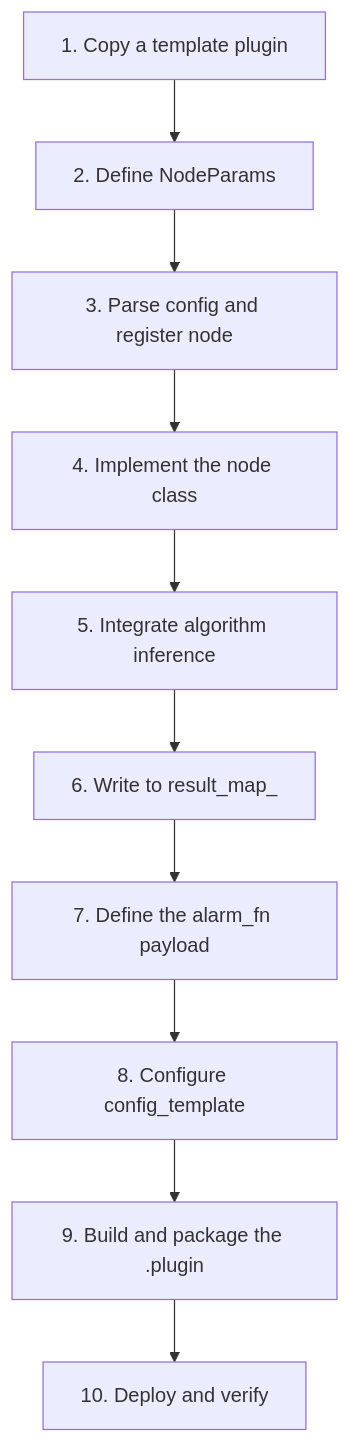
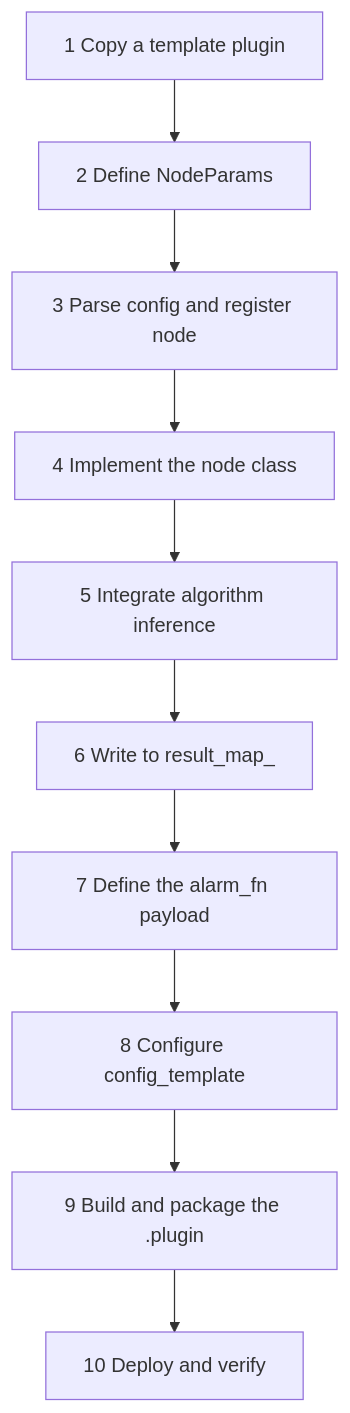
Before and after one commit to JinsonicAi/jinsonic-ai-sdk: the second of 2 diagrams in docs/en/plugin-development.md, drawn with Mermaid. The commit also changed 1 other file, not shown here.

Commit message:
docs: fix mermaid flowchart 'Unsupported markdown: list' error

````diff
--- a/docs/en/plugin-development.md
+++ b/docs/en/plugin-development.md
@@ -59,12 +59,12 @@
 ```mermaid
 flowchart TB
-    S1[1. Copy a template plugin] --> S2[2. Define NodeParams]
-    S2 --> S3[3. Parse config and register node]
-    S3 --> S4[4. Implement the node class]
-    S4 --> S5[5. Integrate algorithm inference]
-    S5 --> S6[6. Write to result_map_]
-    S6 --> S7[7. Define the alarm_fn payload]
-    S7 --> S8[8. Configure config_template]
-    S8 --> S9[9. Build and package the .plugin]
-    S9 --> S10[10. Deploy and verify]
+    S1["1 Copy a template plugin"] --> S2["2 Define NodeParams"]
+    S2 --> S3["3 Parse config and register node"]
+    S3 --> S4["4 Implement the node class"]
+    S4 --> S5["5 Integrate algorithm inference"]
+    S5 --> S6["6 Write to result_map_"]
+    S6 --> S7["7 Define the alarm_fn payload"]
+    S7 --> S8["8 Configure config_template"]
+    S8 --> S9["9 Build and package the .plugin"]
+    S9 --> S10["10 Deploy and verify"]
 ```
````
